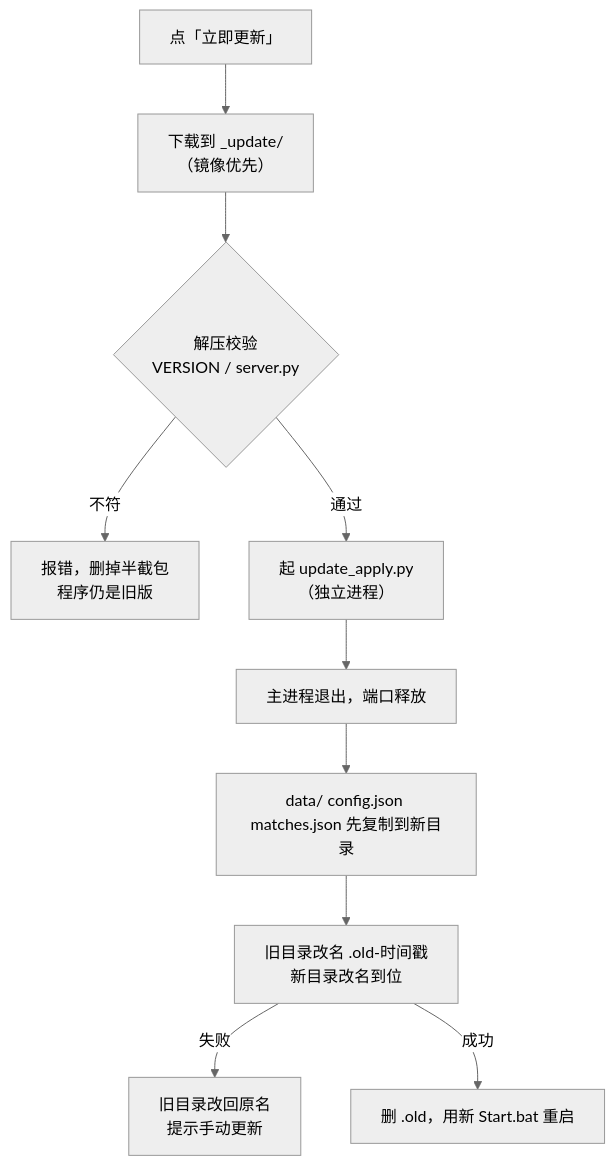
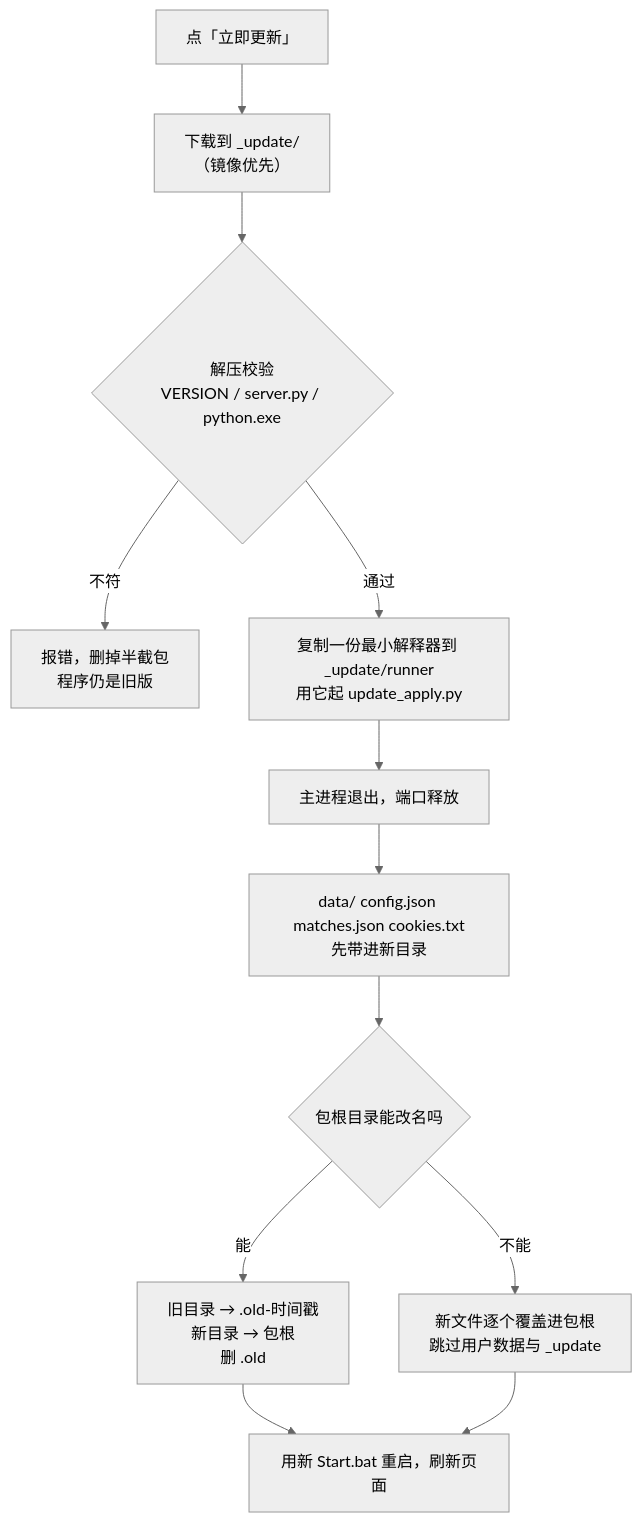
One commit to root9701/danmaku-timewarp changed the third of 4 diagrams in DISTRIBUTION.md. Above: the diagram before and after it, drawn with Mermaid (neutral theme). The commit also changed other lines of this file and 6 other files, not shown here.

````diff
--- a/DISTRIBUTION.md
+++ b/DISTRIBUTION.md
@@ -233,12 +233,14 @@
 ```mermaid
 flowchart TD
     A["点「立即更新」"] --> B["下载到 _update/<br/>（镜像优先）"]
-    B --> C{"解压校验<br/>VERSION / server.py"}
+    B --> C{"解压校验<br/>VERSION / server.py / python.exe"}
     C -->|不符| E["报错，删掉半截包<br/>程序仍是旧版"]
-    C -->|通过| D["起 update_apply.py<br/>（独立进程）"]
+    C -->|通过| D["复制一份最小解释器到 _update/runner<br/>用它起 update_apply.py"]
     D --> F["主进程退出，端口释放"]
-    F --> G["data/ config.json matches.json 先复制到新目录"]
-    G --> H["旧目录改名 .old-时间戳<br/>新目录改名到位"]
-    H -->|失败| I["旧目录改回原名<br/>提示手动更新"]
-    H -->|成功| J["删 .old，用新 Start.bat 重启"]
+    F --> G["data/ config.json matches.json cookies.txt<br/>先带进新目录"]
+    G --> H{"包根目录能改名吗"}
+    H -->|能| I["旧目录 → .old-时间戳<br/>新目录 → 包根<br/>删 .old"]
+    H -->|不能| J["新文件逐个覆盖进包根<br/>跳过用户数据与 _update"]
+    I --> K["用新 Start.bat 重启，刷新页面"]
+    J --> K
 ```
````
